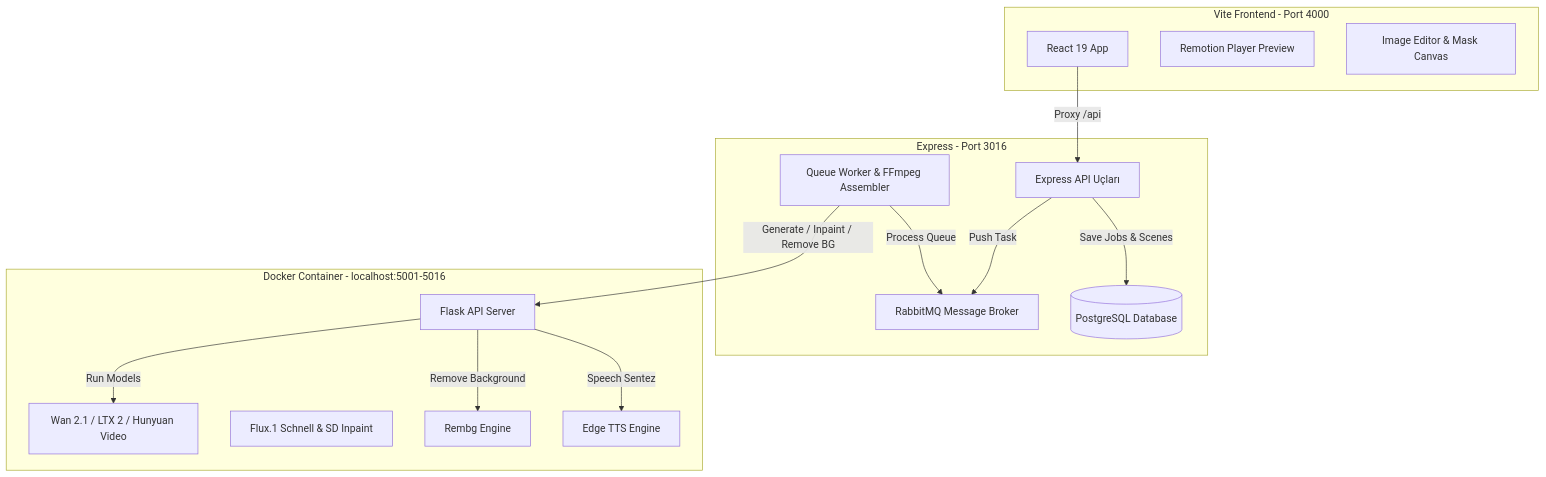
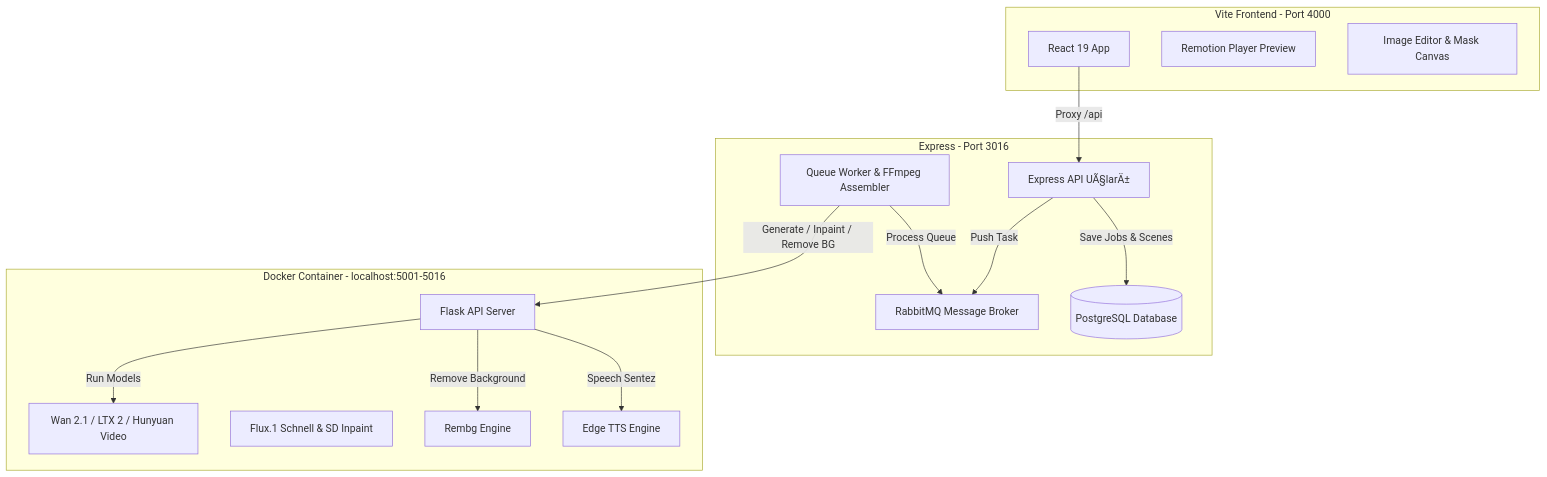
The diagram in docs/superpowers/specs/2026-06-12-vite-react-remotion-design.md (Arda-Avci/AI-Publisher), drawn with Mermaid before and after one commit. The commit also changed other lines of this file and 190 other files, not shown here.

````diff
--- a/docs/superpowers/specs/2026-06-12-vite-react-remotion-design.md
+++ b/docs/superpowers/specs/2026-06-12-vite-react-remotion-design.md
@@ -73,32 +73,32 @@
 ```mermaid
 graph TD
     subgraph Vite Dev Server [Vite Frontend - Port 4000]
         ReactUI[React 19 App]
         Remotion[Remotion Player Preview]
         ImageCanvas[Image Editor & Mask Canvas]
     end
 
     subgraph Node.js Backend [Express - Port 3016]
-        API[Express API Uçları]
+        API[Express API UÃ§larÄ±]
         RabbitMQ[RabbitMQ Message Broker]
         Postgres[(PostgreSQL Database)]
         Worker[Queue Worker & FFmpeg Assembler]
     end
 
     subgraph GPU Server [Docker Container - localhost:5001-5016]
         Flask[Flask API Server]
         Wan[Wan 2.1 / LTX 2 / Hunyuan Video]
         Flux[Flux.1 Schnell & SD Inpaint]
         Rembg[Rembg Engine]
         EdgeTTS[Edge TTS Engine]
     end
 
     ReactUI -->|Proxy /api| API
     API -->|Save Jobs & Scenes| Postgres
     API -->|Push Task| RabbitMQ
     Worker -->|Process Queue| RabbitMQ
     Worker -->|Generate / Inpaint / Remove BG| Flask
     Flask -->|Run Models| Wan
     Flask -->|Remove Background| Rembg
     Flask -->|Speech Sentez| EdgeTTS
 ```
````
